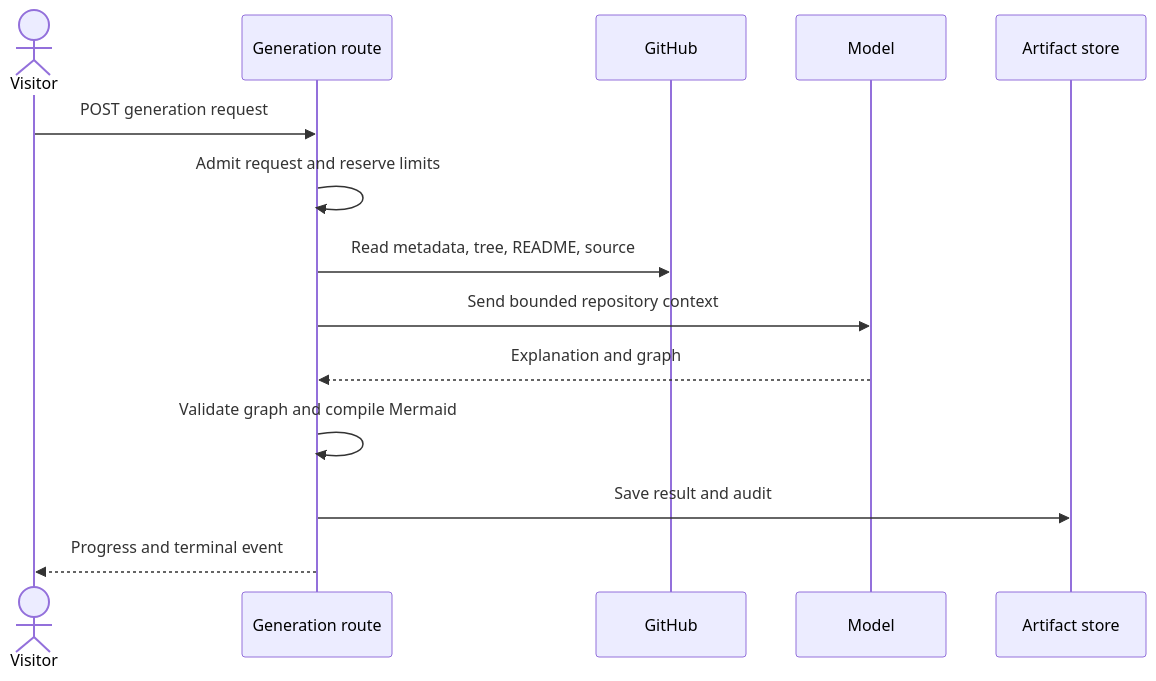
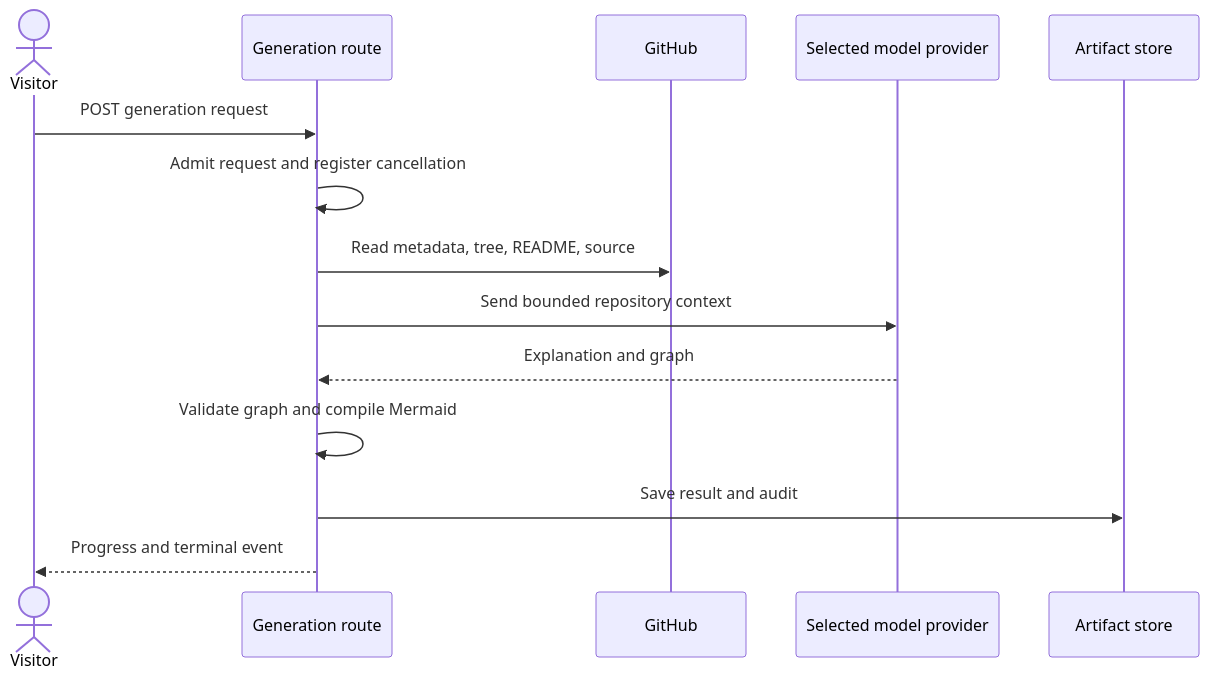
The diagram in docs/flows/diagram-generation.md (Pmac627/gitdiagram), drawn with Mermaid before and after one commit. The commit also changed other lines of this file and 420 other files, not shown here.

````diff
--- a/docs/flows/diagram-generation.md
+++ b/docs/flows/diagram-generation.md
@@ -41,16 +67,16 @@
 ```mermaid
 sequenceDiagram
     actor Visitor
     participant API as Generation route
     participant GitHub
-    participant Model
+    participant Model as Selected model provider
     participant Store as Artifact store
     Visitor->>API: POST generation request
-    API->>API: Admit request and reserve limits
+    API->>API: Admit request and register cancellation
     API->>GitHub: Read metadata, tree, README, source
     API->>Model: Send bounded repository context
     Model-->>API: Explanation and graph
     API->>API: Validate graph and compile Mermaid
     API->>Store: Save result and audit
     API-->>Visitor: Progress and terminal event
 ```
````
